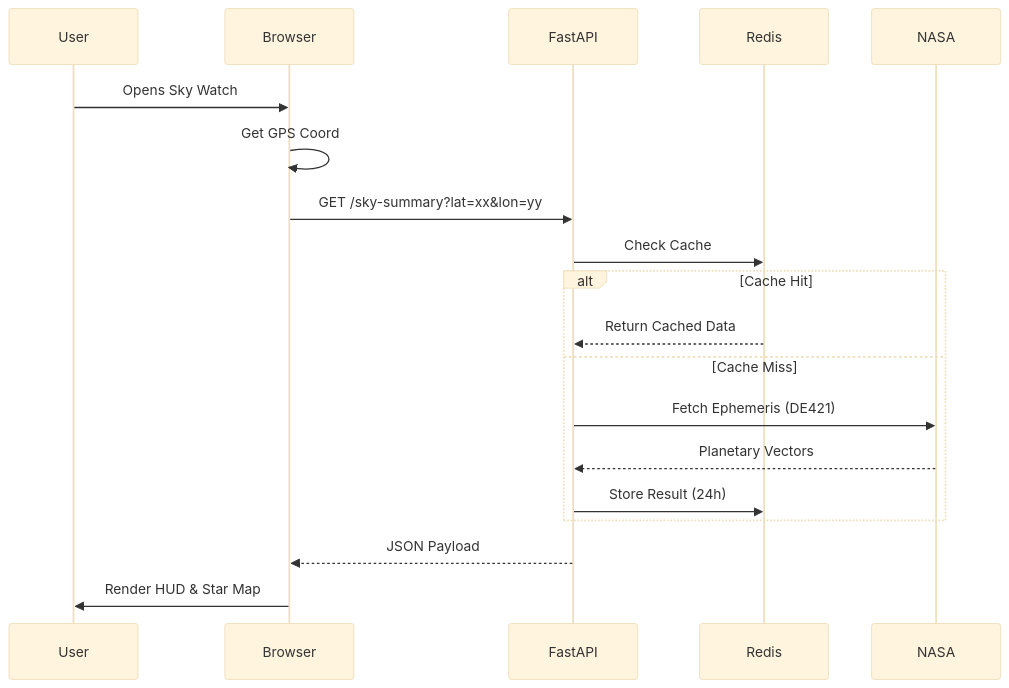
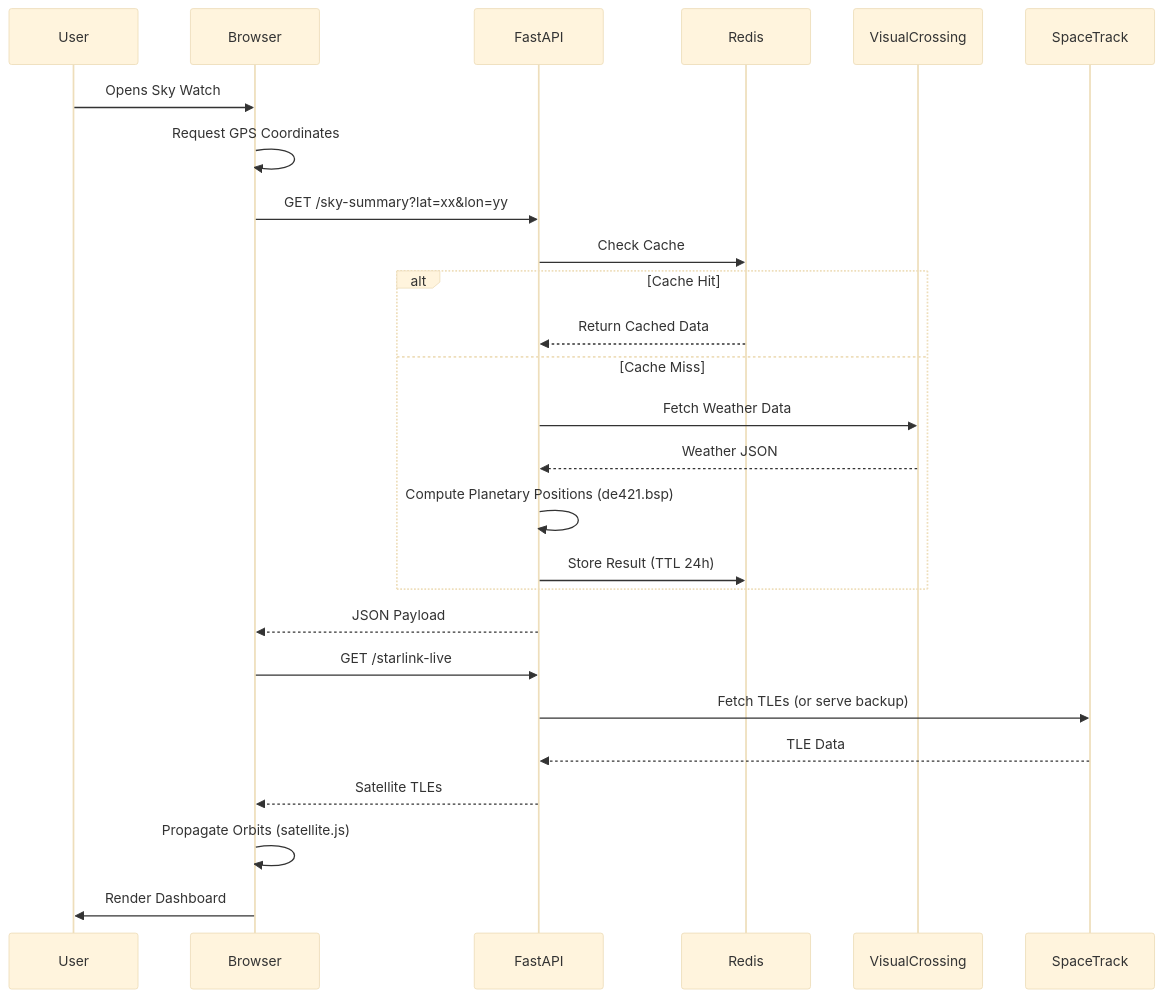
One commit to DavidBBrand/sky-watch changed the second of 2 diagrams in README.md. Above: the diagram before and after it, drawn with Mermaid (base theme).

Commit message:
Update README to include VisualCrossing and SpaceTrack

````diff
--- a/README.md
+++ b/README.md
@@ -76,22 +76,29 @@
 ```mermaid
 sequenceDiagram
     participant User
     participant Browser
     participant FastAPI
     participant Redis
-    participant NASA
+    participant VisualCrossing
+    participant SpaceTrack
 
     User->>Browser: Opens Sky Watch
-    Browser->>Browser: Get GPS Coord
+    Browser->>Browser: Request GPS Coordinates
     Browser->>FastAPI: GET /sky-summary?lat=xx&lon=yy
     FastAPI->>Redis: Check Cache
     alt Cache Hit
         Redis-->>FastAPI: Return Cached Data
     else Cache Miss
-        FastAPI->>NASA: Fetch Ephemeris (DE421)
-        NASA-->>FastAPI: Planetary Vectors
-        FastAPI->>Redis: Store Result (24h)
+        FastAPI->>VisualCrossing: Fetch Weather Data
+        VisualCrossing-->>FastAPI: Weather JSON
+        FastAPI->>FastAPI: Compute Planetary Positions (de421.bsp)
+        FastAPI->>Redis: Store Result (TTL 24h)
     end
     FastAPI-->>Browser: JSON Payload
-    Browser->>User: Render HUD & Star Map
+    Browser->>FastAPI: GET /starlink-live
+    FastAPI->>SpaceTrack: Fetch TLEs (or serve backup)
+    SpaceTrack-->>FastAPI: TLE Data
+    FastAPI-->>Browser: Satellite TLEs
+    Browser->>Browser: Propagate Orbits (satellite.js)
+    Browser->>User: Render Dashboard
 ```
````
